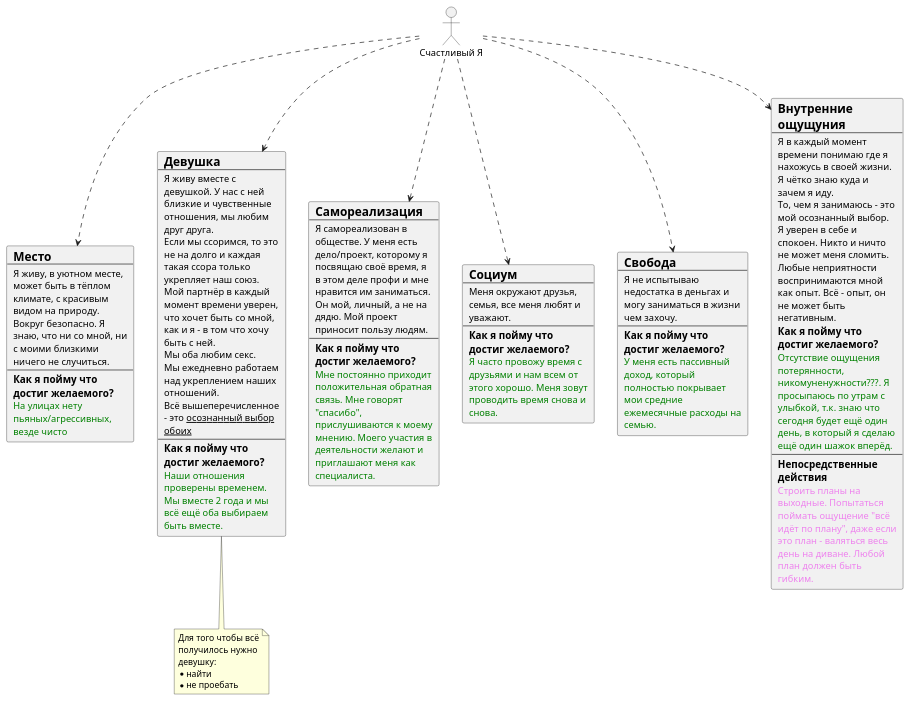
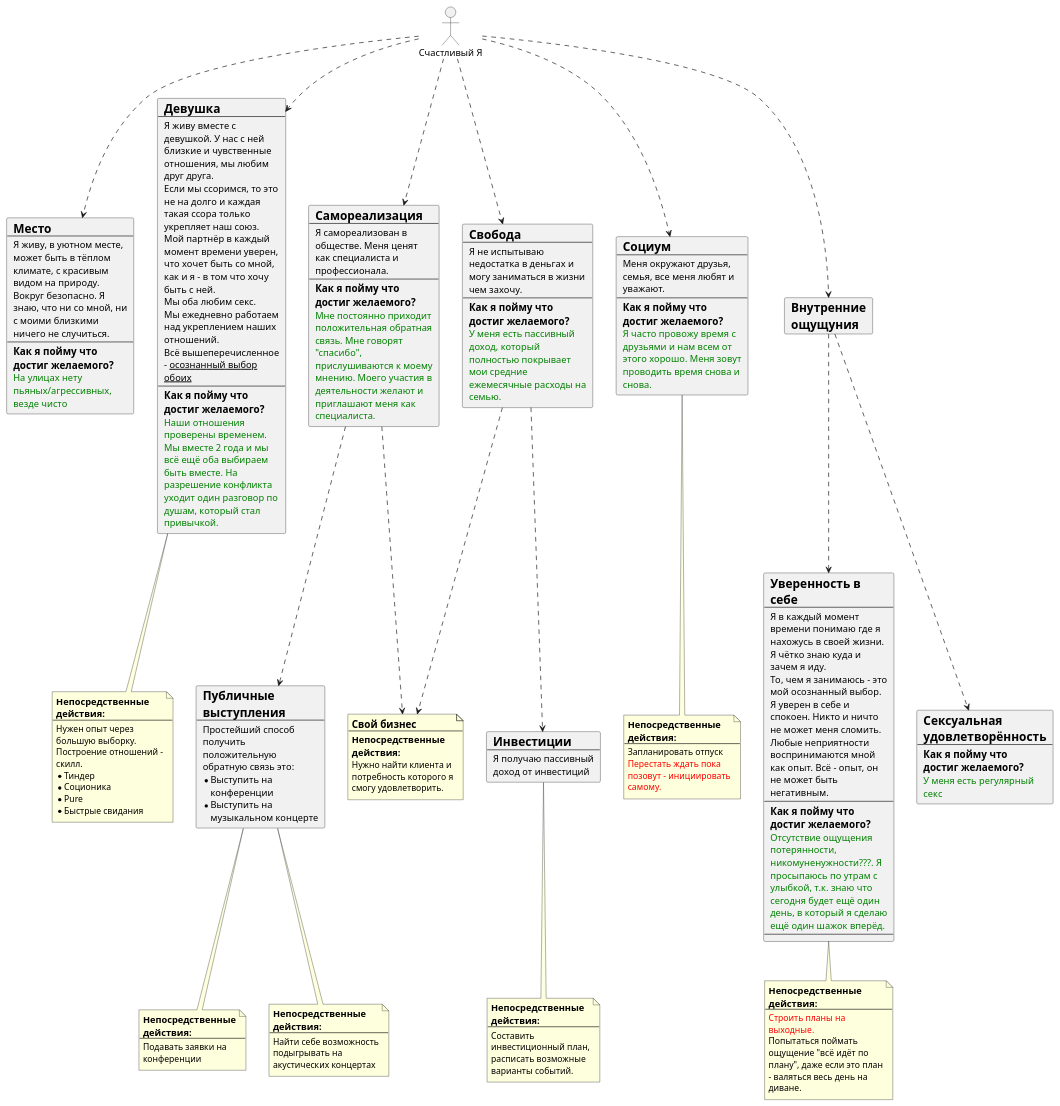
Before and after one commit to roasher/project-life: the diagram in life.puml, drawn with PlantUML.

Commit message:
iteration

```diff
--- a/life.puml
+++ b/life.puml
@@ -1,82 +1,155 @@
 @startuml
 skinparam wrapWidth 180
 actor Happy_Me as "Счастливый Я"
 
 card Environment [
 =Место
 ----
 Я живу, в уютном месте, может быть в тёплом климате, с красивым видом на природу.
 Вокруг безопасно. Я знаю, что ни со мной, ни с моими близкими ничего не случиться.
 ----
 ===Как я пойму что достиг желаемого?
 <color:green>На улицах нету пьяных/агрессивных, везде чисто</color>
 ]
 
 card Girlfriend [
 =Девушка
 ----
 Я живу вместе с девушкой. У нас с ней близкие и чувственные отношения, мы любим друг друга.
 Если мы ссоримся, то это не на долго и каждая такая ссора только укрепляет наш союз.
 Мой партнёр в каждый момент времени уверен, что хочет быть со мной, как и я - в том что хочу быть с ней.
 Мы оба любим секс.
 Мы ежедневно работаем над укреплением наших отношений.
-Всё вышеперечисленное - это <u>осознанный выбор обоих</u>
+Всё вышеперечисленное - <u>осознанный выбор обоих</u>
 ----
 ===Как я пойму что достиг желаемого?
-<color:green>Наши отношения проверены временем. Мы вместе 2 года и мы всё ещё оба выбираем быть вместе. </color>
+<color:green>Наши отношения проверены временем. Мы вместе 2 года и мы всё ещё оба выбираем быть вместе. На разрешение конфликта уходит один разговор по душам, который стал привычкой.</color>
 ]
-note bottom
-Для того чтобы всё получилось нужно девушку:
-* найти
-* не проебать
+
+note bottom of Girlfriend
+===Непосредственные действия:
+----
+Нужен опыт через большую выборку. Построение отношений - скилл.
+* Тиндер
+* Соционика
+* Pure
+* Быстрые свидания
 end note
 
 card SelfRealisation [
 =Самореализация
 ----
-Я самореализован в обществе. У меня есть дело/проект, которому я посвящаю своё время, я в этом деле профи и мне нравится им заниматься.
-Он мой, личный, а не на дядю. Мой проект приносит пользу людям.
+Я самореализован в обществе. Меня ценят как специалиста и профессионала.
 ----
 ===Как я пойму что достиг желаемого?
 <color:green>Мне постоянно приходит положительная обратная связь. Мне говорят "спасибо", прислушиваются к моему мнению. Моего участия в деятельности желают и приглашают меня как специалиста.</color>
+]
+
+card PublicSpeaking [
+=Публичные выступления
+----
+Простейший способ получить положительную обратную связь это:
+* Выступить на конференции
+* Выступить на музыкальном концерте
+]
+
+note bottom of PublicSpeaking
+===Непосредственные действия:
+----
+Подавать заявки на конференции
+end note
+
+note bottom of PublicSpeaking
+===Непосредственные действия:
+----
+Найти себе возможность подыгрывать на акустических концертах
+end note
+
+card Freedom [
+=Свобода
+----
+Я не испытываю недостатка в деньгах и могу заниматься в жизни чем захочу.
+----
+===Как я пойму что достиг желаемого?
+<color:green>У меня есть пассивный доход, который полностью покрывает мои средние ежемесячные расходы на семью.</color>
 ]
 
 card Social [
 =Социум
 ----
 Меня окружают друзья, семья, все меня любят и уважают.
 ----
 ===Как я пойму что достиг желаемого?
 <color:green>Я часто провожу время с друзьями и нам всем от этого хорошо. Меня зовут проводить время снова и снова.</color>
 ]
 
-card Freedom [
-=Свобода
+note bottom of Social
+===Непосредственные действия:
 ----
-Я не испытываю недостатка в деньгах и могу заниматься в жизни чем захочу.
+Запланировать отпуск
+<color:red>Перестать ждать пока позовут - инициировать самому.</color>
+end note
+
+card Investing [
+=Инвестиции
 ----
-===Как я пойму что достиг желаемого?
-<color:green>У меня есть пассивный доход, который полностью покрывает мои средние ежемесячные расходы на семью.</color>
+Я получаю пассивный доход от инвестиций
 ]
+
+note bottom of Investing
+===Непосредственные действия:
+----
+Составить инвестиционный план, расписать возможные варианты событий.
+end note
+
+note as Business
+==Свой бизнес
+---
+===Непосредственные действия:
+Нужно найти клиента и потребность которого я смогу удовлетворить.
+end note
 
 card InnerFeelings [
 =Внутренние ощущуния
+]
+
+card SelfConfidence [
+=Уверенность в себе
 ----
 Я в каждый момент времени понимаю где я нахожусь в своей жизни. Я чётко знаю куда и зачем я иду.
 То, чем я занимаюсь - это мой осознанный выбор.
 Я уверен в себе и спокоен. Никто и ничто не может меня сломить. Любые неприятности воспринимаются мной как опыт. Всё - опыт, он не может быть негативным.
+----
 ===Как я пойму что достиг желаемого?
 <color:green>Отсутствие ощущения потерянности, никомуненужности???. Я просыпаюсь по утрам с улыбкой, т.к. знаю что сегодня будет ещё один день, в который я сделаю ещё один шажок вперёд.</color>
 ----
-===Непосредственные действия
-<color:violet>Строить планы на выходные. Попытаться поймать ощущение "всё идёт по плану", даже если это план - валяться весь день на диване. Любой план должен быть гибким.</color>
+]
+
+note bottom
+===Непосредственные действия:
+----
+<color:red>Строить планы на выходные.</color>
+Попытаться поймать ощущение "всё идёт по плану", даже если это план - валяться весь день на диване.
+end note
+
+card Sex [
+=Сексуальная удовлетворённость
+----
+===Как я пойму что достиг желаемого?
+<color:green>У меня есть регулярный секс</color>
 ]
 
 Happy_Me .-> Environment
 Happy_Me .-> Girlfriend
 Happy_Me .-> SelfRealisation
 Happy_Me .-> Social
 Happy_Me .-> Freedom
+Freedom .-> Investing
+Freedom .-> Business
+SelfRealisation .-> Business
+SelfRealisation .-> PublicSpeaking
 Happy_Me .-> InnerFeelings
+InnerFeelings .-> SelfConfidence
+InnerFeelings .-> Sex
 
 @enduml
```
